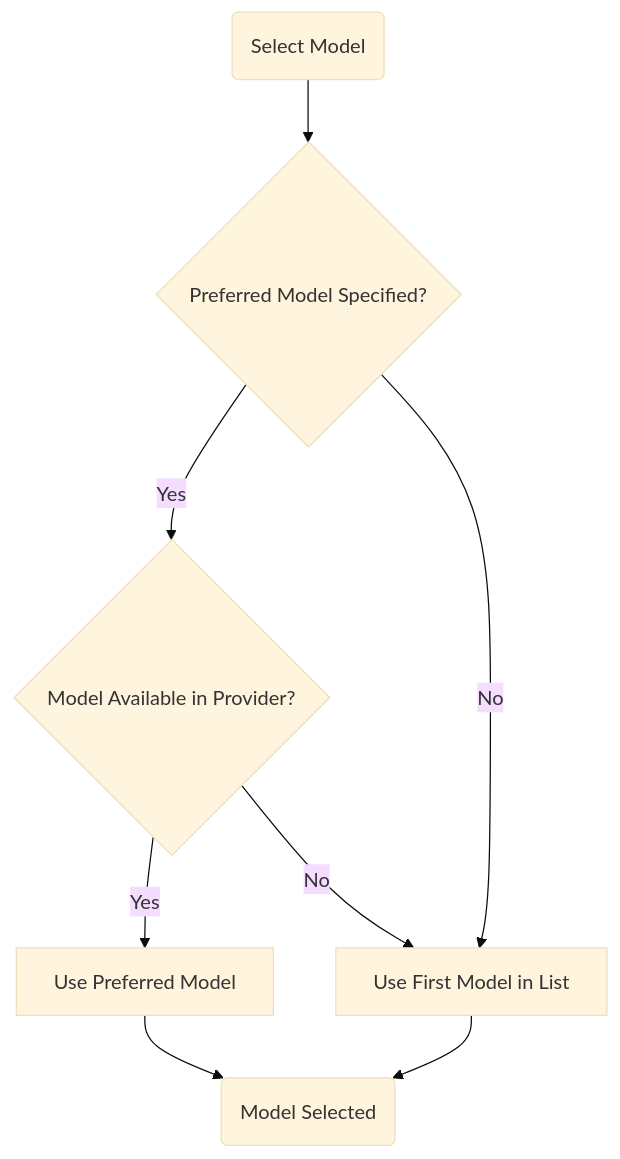
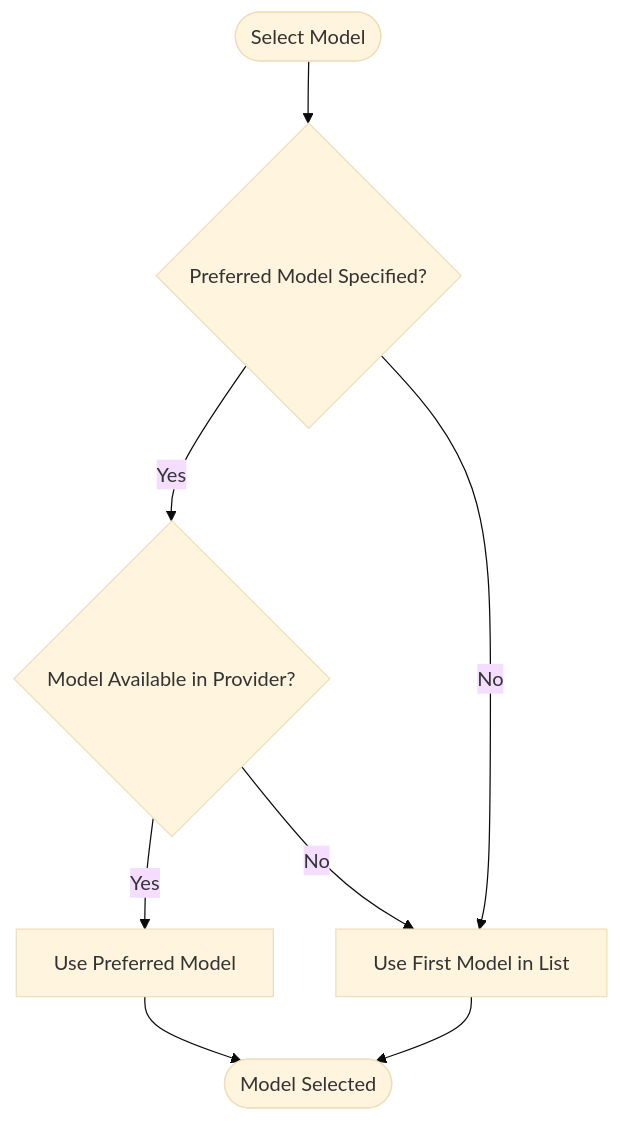
One commit to Likhithsai2580/RAVANA-WIKI changed the fourth of 4 diagrams in docs/Architecture & Design/Key Design Patterns/Strategy Pattern for LLM Provider Selection.md. Above: the diagram before and after it, drawn with Mermaid (base theme). The commit also changed other lines of this file and 78 other files, not shown here.

````diff
--- a/docs/Architecture & Design/Key Design Patterns/Strategy Pattern for LLM Provider Selection.md
+++ b/docs/Architecture & Design/Key Design Patterns/Strategy Pattern for LLM Provider Selection.md
@@ -212,11 +209,10 @@
 ```mermaid
 flowchart TD
-Start("Select Model") --> CheckPreferred{"Preferred Model Specified?"}
+Start([Select Model]) --> CheckPreferred{"Preferred Model Specified?"}
 CheckPreferred --> |Yes| CheckAvailable{"Model Available in Provider?"}
 CheckPreferred --> |No| UseFirst["Use First Model in List"]
 CheckAvailable --> |Yes| UsePreferred["Use Preferred Model"]
 CheckAvailable --> |No| UseFirst
-UsePreferred --> End("Model Selected")
+UsePreferred --> End([Model Selected])
 UseFirst --> End
-
 ```
````
